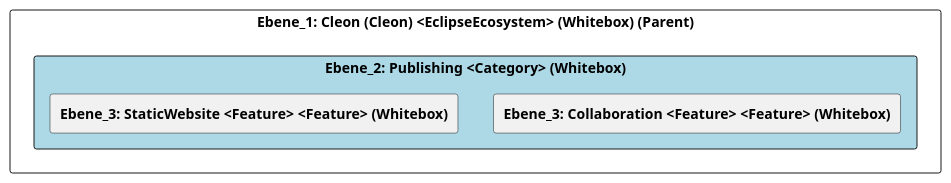
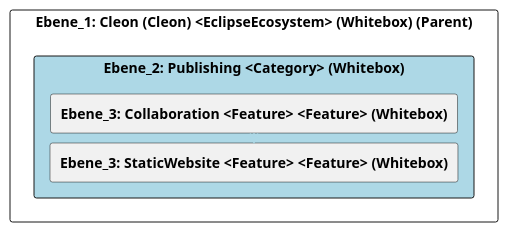
The diagram in doc/cleonproject_deliverables_architecture_model_architecture/adoc/de/05_bausteinsicht/cleon/publishing/ebene_2_publishing.adoc (marcozwyssig/cleon), drawn with PlantUML before and after one commit. The commit also changed other lines of this file and 214 other files, not shown here.

```diff
--- a/doc/cleonproject_deliverables_architecture_model_architecture/adoc/de/05_bausteinsicht/cleon/publishing/ebene_2_publishing.adoc
+++ b/doc/cleonproject_deliverables_architecture_model_architecture/adoc/de/05_bausteinsicht/cleon/publishing/ebene_2_publishing.adoc
@@ -21,25 +21,28 @@
 [plantuml, Ebene_2: Publishing <Category> (Whitebox)BlockOverview, format="svg"]
 ----
 @startuml Ebene_2: Publishing <Category> (Whitebox)BuildingBlockOverview
 
 skinparam ranksep 10
 skinparam componentStyle rectangle
 skinparam shadowing false
 skinparam arrowColor lightblue
 skinparam arrowThickness 1.2
 skinparam rectangle {
   BackgroundColor White
   BorderColor #333
   RoundCorner 10
 }
 top to bottom direction
 
 component "Ebene_1: Cleon (Cleon) <EclipseEcosystem> (Whitebox) (Parent)" {
     component "Ebene_2: Publishing <Category> (Whitebox)" #lightblue {
         [**Ebene_3: Collaboration <Feature> <Feature> (Whitebox)**] as 4905581B_D579_11EE_903E_9F564E4DE07E
         [**Ebene_3: StaticWebsite <Feature> <Feature> (Whitebox)**] as 49057F34_D579_11EE_903E_9F564E4DE07E
     }
+
+    4905581B_D579_11EE_903E_9F564E4DE07E -down-> 49057F34_D579_11EE_903E_9F564E4DE07E
+    
 }
 
 @enduml
 ----
```
